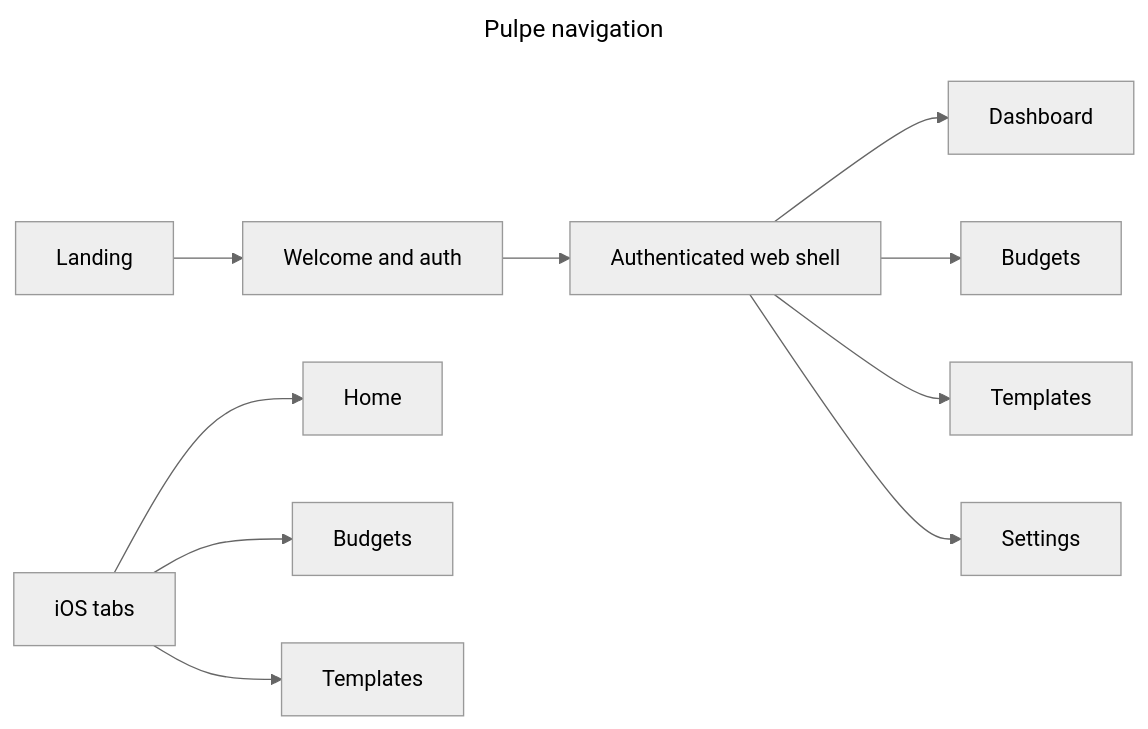
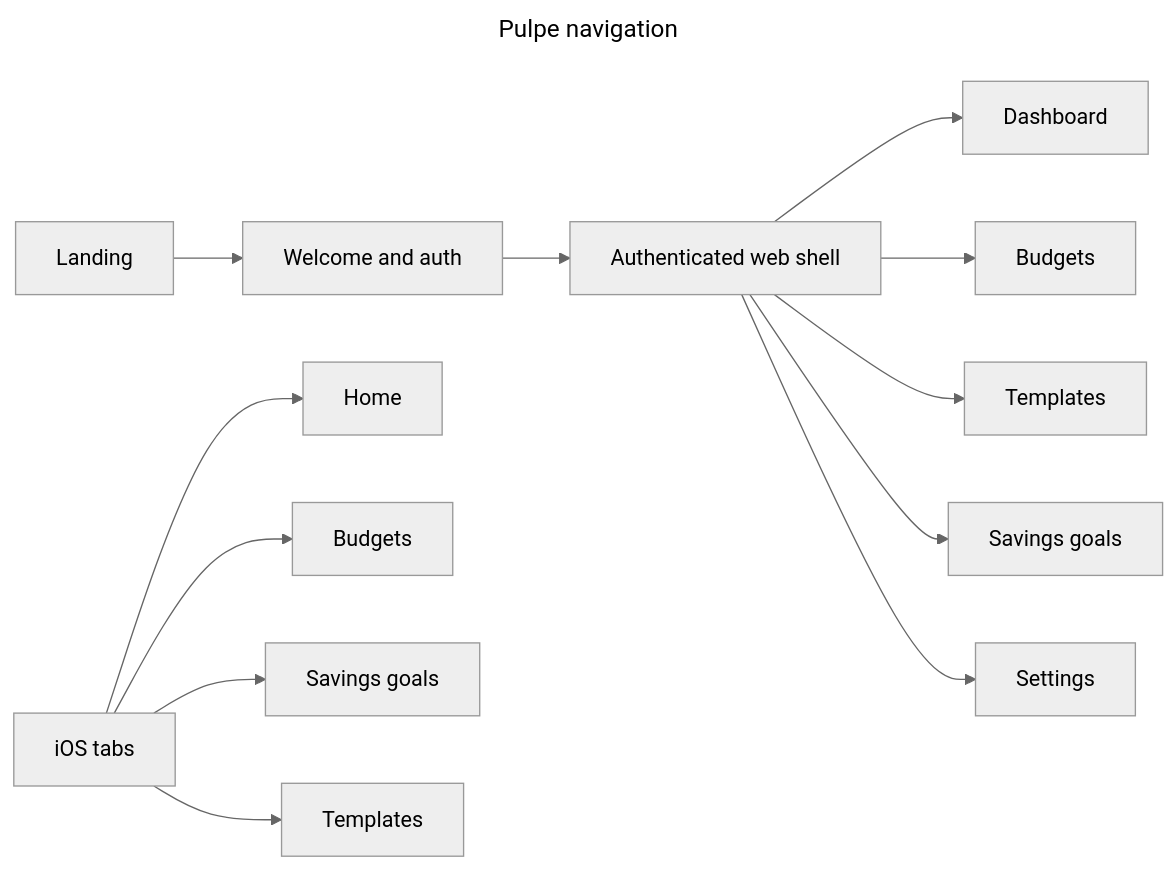
One commit to neogenz/pulpe changed the diagram in aidd_docs/memory/navigation.md. Above: the diagram before and after it, drawn with Mermaid (neutral theme). The commit also changed other lines of this file and 3 other files, not shown here.

First line of the commit message:
docs(memory): record savings goals and tags in the project memory

````diff
--- a/aidd_docs/memory/navigation.md
+++ b/aidd_docs/memory/navigation.md
@@ -8,8 +8,8 @@
 ```mermaid
 ---
 title: Pulpe navigation
 ---
 flowchart LR
-    Landing["Landing"]; Public["Welcome and auth"]; Guarded["Authenticated web shell"]; Dashboard["Dashboard"]; Budgets["Budgets"]; Templates["Templates"]; Settings["Settings"]; Tabs["iOS tabs"]; Home["Home"]; IosBudgets["Budgets"]; IosTemplates["Templates"]
-    Landing --> Public; Public --> Guarded; Guarded --> Dashboard; Guarded --> Budgets; Guarded --> Templates; Guarded --> Settings; Tabs --> Home; Tabs --> IosBudgets; Tabs --> IosTemplates
+    Landing["Landing"]; Public["Welcome and auth"]; Guarded["Authenticated web shell"]; Dashboard["Dashboard"]; Budgets["Budgets"]; Templates["Templates"]; Goals["Savings goals"]; Settings["Settings"]; Tabs["iOS tabs"]; Home["Home"]; IosBudgets["Budgets"]; IosGoals["Savings goals"]; IosTemplates["Templates"]
+    Landing --> Public; Public --> Guarded; Guarded --> Dashboard; Guarded --> Budgets; Guarded --> Templates; Guarded --> Goals; Guarded --> Settings; Tabs --> Home; Tabs --> IosBudgets; Tabs --> IosGoals; Tabs --> IosTemplates
 ```
````
